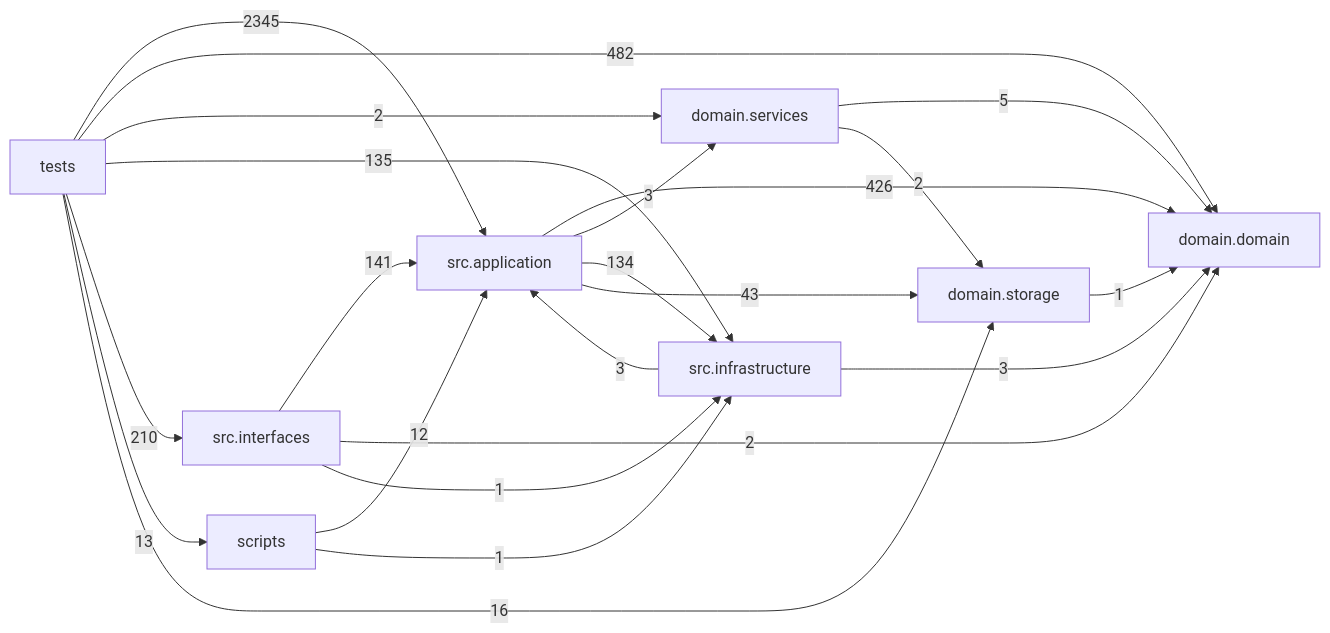
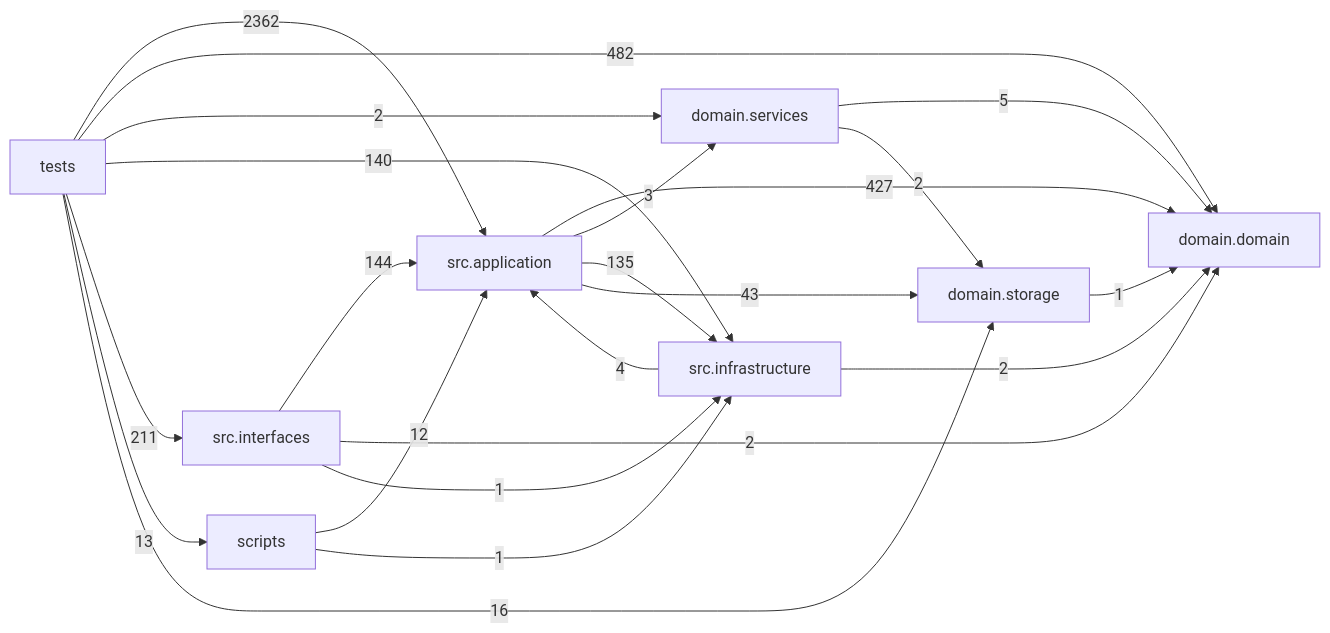
The diagram in docs/DEPENDENCY_GRAPH.md (liuxie066/options-monitor), drawn with Mermaid before and after one commit. The commit also changed other lines of this file and 61 other files, not shown here.

````diff
--- a/docs/DEPENDENCY_GRAPH.md
+++ b/docs/DEPENDENCY_GRAPH.md
@@ -24,32 +24,32 @@
 ```mermaid
 flowchart LR
   tests["tests"]
   scripts["scripts"]
   interfaces["src.interfaces"]
   application["src.application"]
   infrastructure["src.infrastructure"]
   domain_services["domain.services"]
   domain["domain.domain"]
   storage["domain.storage"]
-  application -->|426| domain
+  application -->|427| domain
   application -->|3| domain_services
-  application -->|134| infrastructure
+  application -->|135| infrastructure
   application -->|43| storage
   domain_services -->|5| domain
   domain_services -->|2| storage
-  infrastructure -->|3| application
-  infrastructure -->|3| domain
-  interfaces -->|141| application
+  infrastructure -->|4| application
+  infrastructure -->|2| domain
+  interfaces -->|144| application
   interfaces -->|2| domain
   interfaces -->|1| infrastructure
   scripts -->|12| application
   scripts -->|1| infrastructure
   storage -->|1| domain
-  tests -->|2345| application
+  tests -->|2362| application
   tests -->|482| domain
   tests -->|2| domain_services
-  tests -->|135| infrastructure
-  tests -->|210| interfaces
+  tests -->|140| infrastructure
+  tests -->|211| interfaces
   tests -->|13| scripts
   tests -->|16| storage
 ```
````
